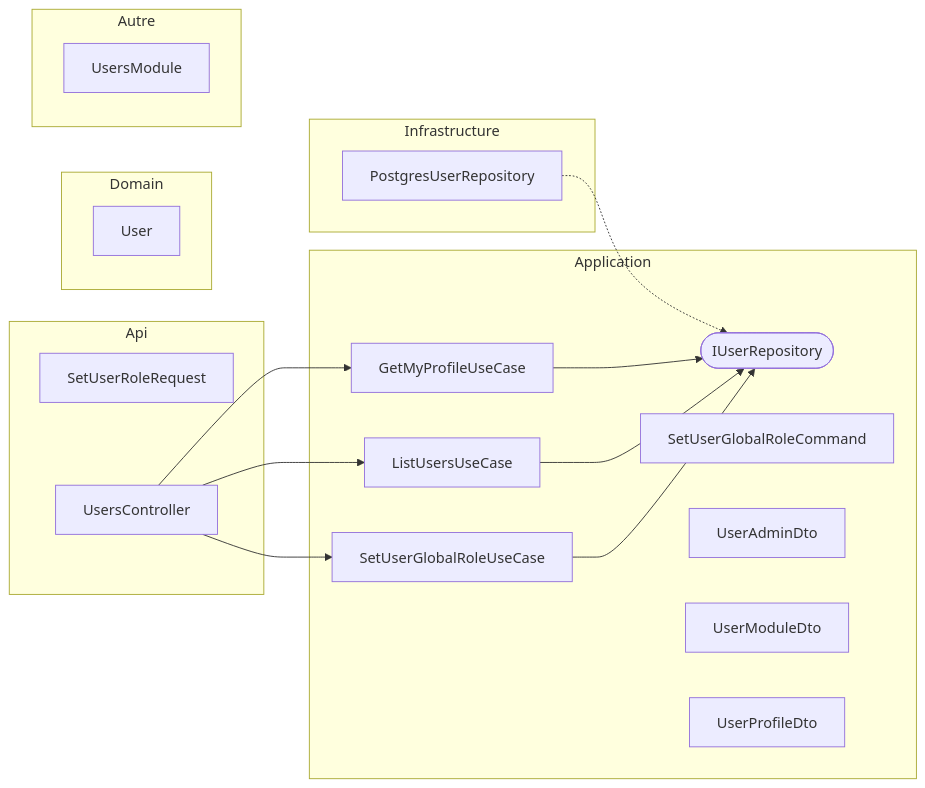
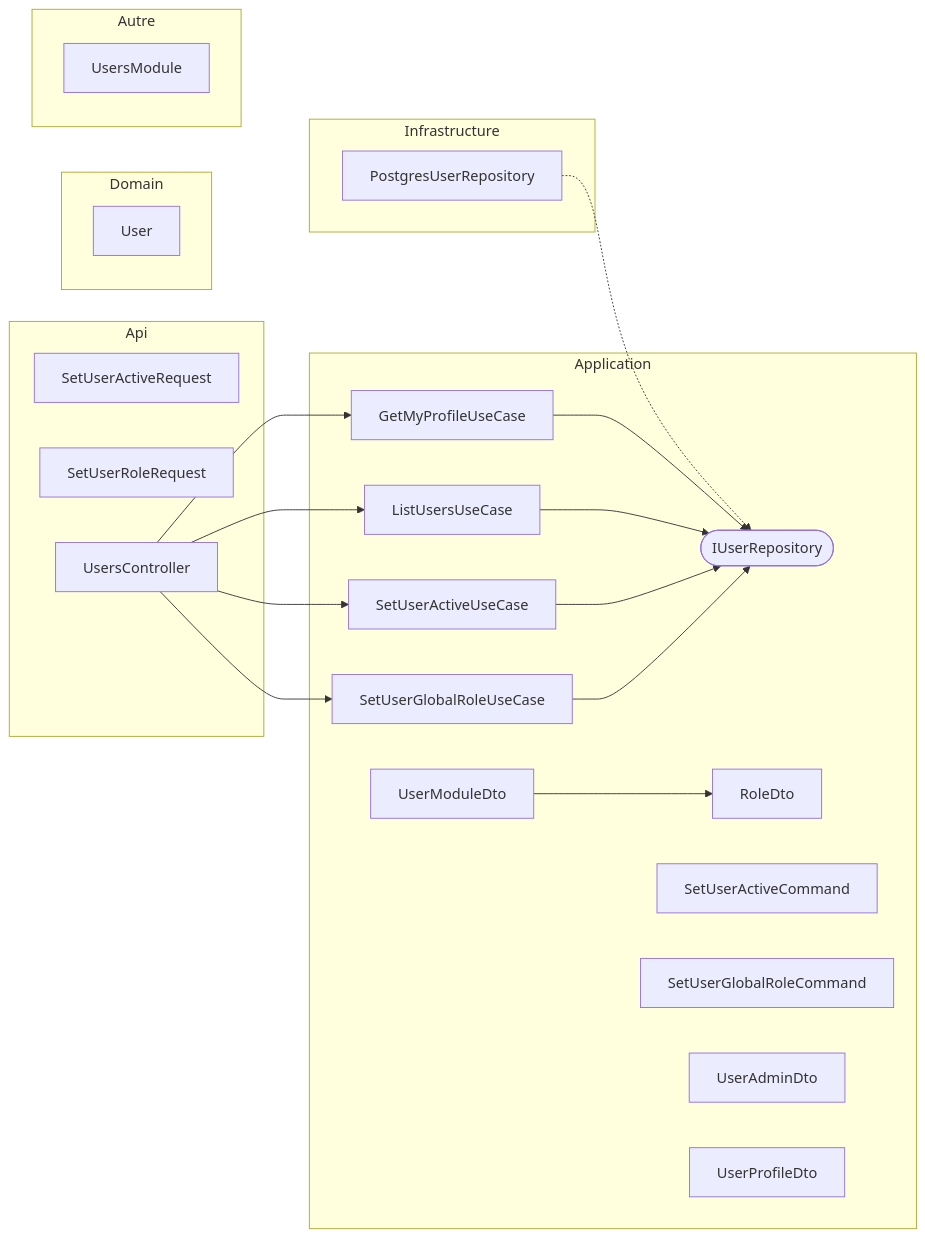
One commit to huiitre/Tools-app changed the diagram in api/docs/diagrams/Core/Users/users.md. Above: the diagram before and after it, drawn with Mermaid. The commit also changed 38 other files, not shown here.

````diff
--- a/api/docs/diagrams/Core/Users/users.md
+++ b/api/docs/diagrams/Core/Users/users.md
@@ -5,33 +5,40 @@
 ```mermaid
 flowchart LR
   subgraph Api
+  SetUserActiveRequest["SetUserActiveRequest"]
   SetUserRoleRequest["SetUserRoleRequest"]
   UsersController["UsersController"]
   end
   subgraph Application
   GetMyProfileUseCase["GetMyProfileUseCase"]
   IUserRepository(["IUserRepository"])
   ListUsersUseCase["ListUsersUseCase"]
+  RoleDto["RoleDto"]
+  SetUserActiveCommand["SetUserActiveCommand"]
+  SetUserActiveUseCase["SetUserActiveUseCase"]
   SetUserGlobalRoleCommand["SetUserGlobalRoleCommand"]
   SetUserGlobalRoleUseCase["SetUserGlobalRoleUseCase"]
   UserAdminDto["UserAdminDto"]
   UserModuleDto["UserModuleDto"]
   UserProfileDto["UserProfileDto"]
   end
   subgraph Domain
   User["User"]
   end
   subgraph Infrastructure
   PostgresUserRepository["PostgresUserRepository"]
   end
   subgraph Autre
   UsersModule["UsersModule"]
   end
   GetMyProfileUseCase --> IUserRepository
   ListUsersUseCase --> IUserRepository
   PostgresUserRepository -.-> IUserRepository
+  SetUserActiveUseCase --> IUserRepository
   SetUserGlobalRoleUseCase --> IUserRepository
+  UserModuleDto --> RoleDto
   UsersController --> GetMyProfileUseCase
   UsersController --> ListUsersUseCase
+  UsersController --> SetUserActiveUseCase
   UsersController --> SetUserGlobalRoleUseCase
 ```
````
